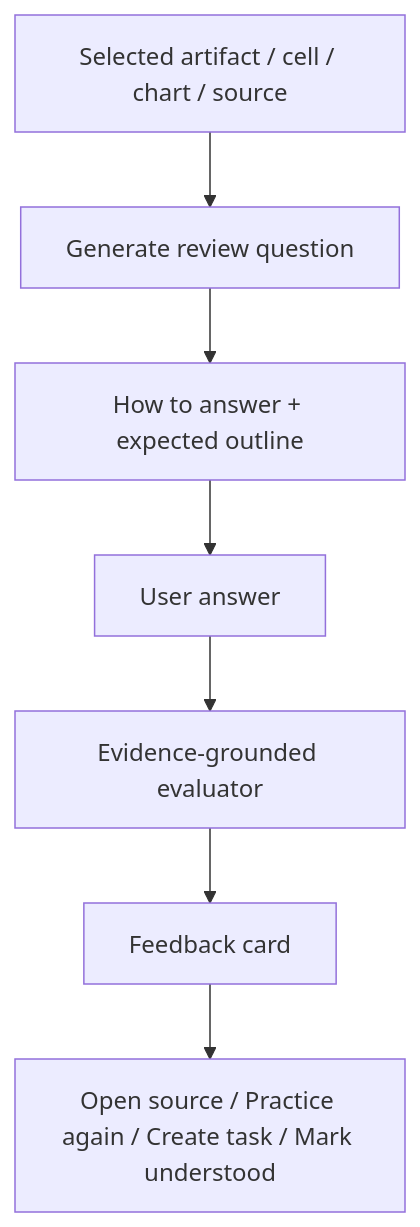
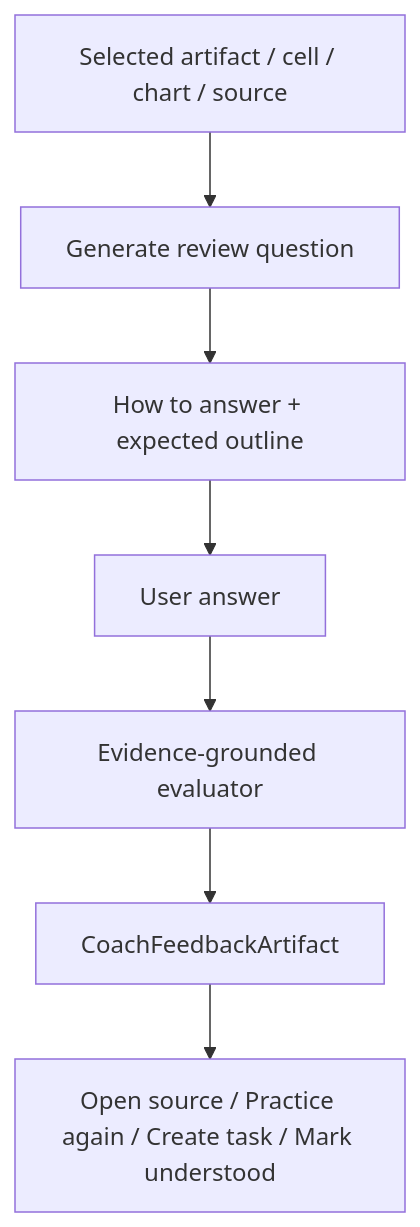
The diagram in plans/coach-mode-review-readiness/plan.mdx (HomenShum/NodeRoom), drawn with Mermaid before and after one commit. The commit also changed other lines of this file and 130 other files, not shown here.

````diff
--- a/plans/coach-mode-review-readiness/plan.mdx
+++ b/plans/coach-mode-review-readiness/plan.mdx
@@ -9,9 +9,9 @@
 ```mermaid
 flowchart TD
   Artifact[Selected artifact / cell / chart / source] --> Question[Generate review question]
   Question --> Outline[How to answer + expected outline]
   Outline --> Answer[User answer]
   Answer --> Eval[Evidence-grounded evaluator]
-  Eval --> Feedback[Feedback card]
+  Eval --> Feedback[CoachFeedbackArtifact]
   Feedback --> Actions[Open source / Practice again / Create task / Mark understood]
 ```
````
